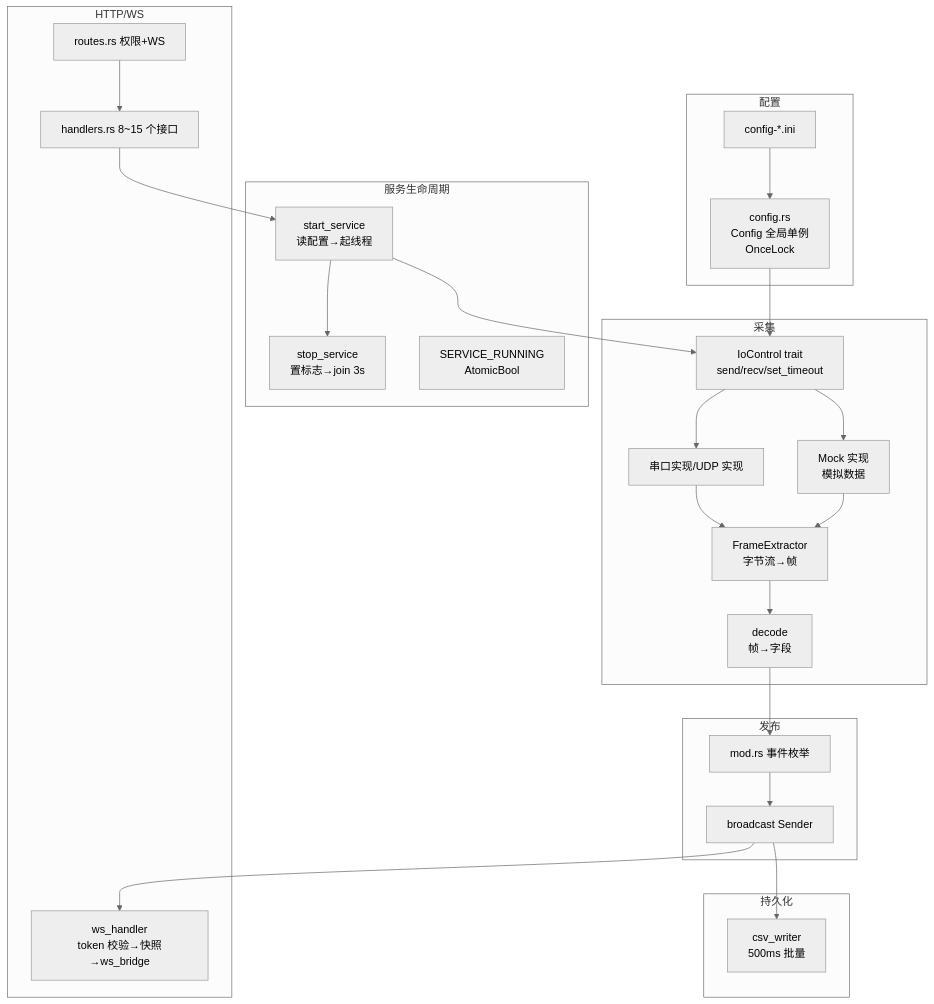
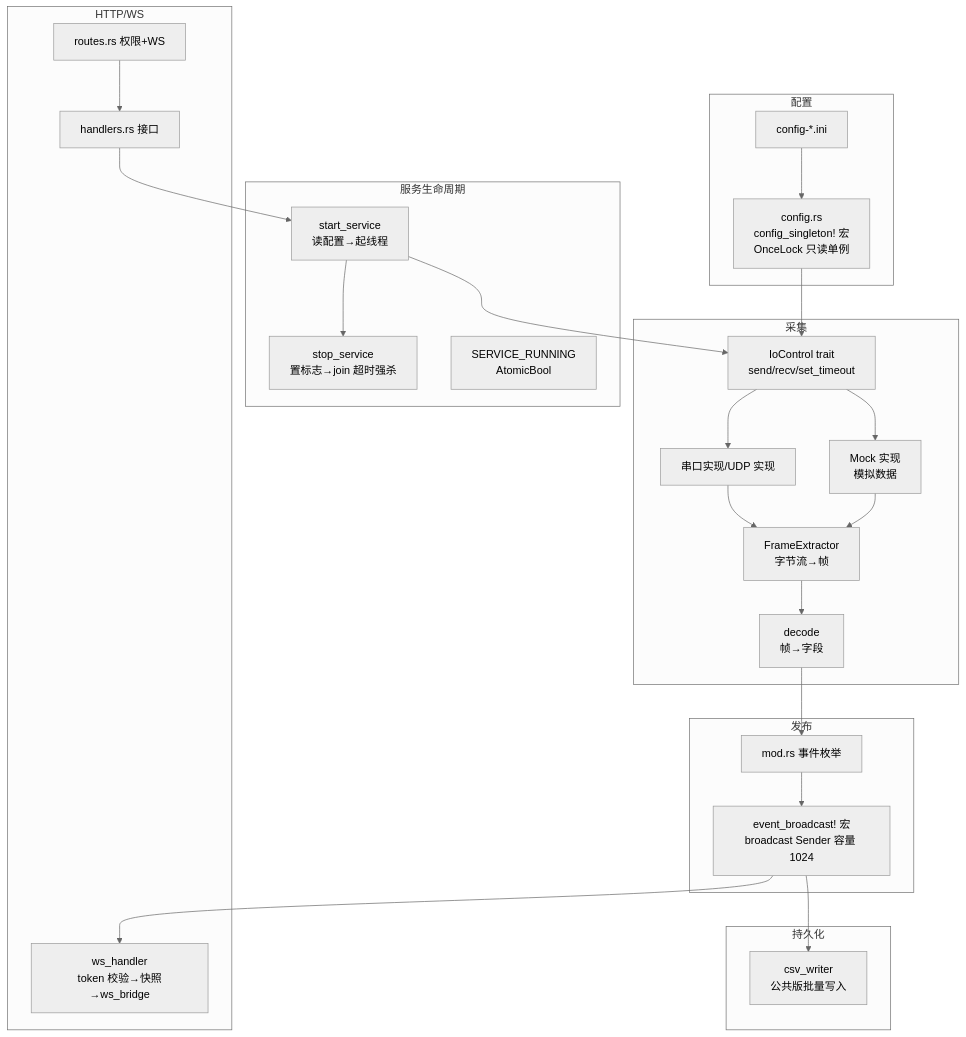
Before and after one commit to 3123958139/RustWeb-Vue: diagram 15 of 17 in docs/tutorial/01-项目全景.md, drawn with Mermaid (neutral theme). The commit also changed other lines of this file and 8 other files, not shown here.

````diff
--- a/docs/tutorial/01-项目全景.md
+++ b/docs/tutorial/01-项目全景.md
@@ -739,46 +878,46 @@
 ```mermaid
 flowchart TD
     subgraph 配置
-        CF[config.rs<br/>Config 全局单例<br/>OnceLock]
+        CF[config.rs<br/>config_singleton! 宏<br/>OnceLock 只读单例]
         CFI[config-*.ini]
     end
     subgraph 服务生命周期
         S[start_service<br/>读配置→起线程]
-        ST[stop_service<br/>置标志→join 3s]
+        ST[stop_service<br/>置标志→join 超时强杀]
         STT[SERVICE_RUNNING<br/>AtomicBool]
     end
     subgraph 采集
         IO[IoControl trait<br/>send/recv/set_timeout]
         REAL[串口实现/UDP 实现]
         MOCK[Mock 实现<br/>模拟数据]
         FE[FrameExtractor<br/>字节流→帧]
         DE[decode<br/>帧→字段]
     end
     subgraph 发布
         EV[mod.rs 事件枚举]
-        TX[broadcast Sender]
+        TX[event_broadcast! 宏<br/>broadcast Sender 容量 1024]
     end
     subgraph HTTP/WS
         RT[routes.rs 权限+WS]
-        HD[handlers.rs 8~15 个接口]
+        HD[handlers.rs 接口]
         WB[ws_handler<br/>token 校验→快照→ws_bridge]
     end
     subgraph 持久化
-        CSVW[csv_writer<br/>500ms 批量]
+        CSVW[csv_writer<br/>公共版批量写入]
     end
     S --> IO
     S --> ST
     CF --> IO
     CFI --> CF
     IO --> REAL
     IO --> MOCK
     REAL --> FE
     MOCK --> FE
     FE --> DE
     DE --> EV
     EV --> TX
     TX --> WB
     TX --> CSVW
     RT --> HD
     HD --> S
 ```
````
